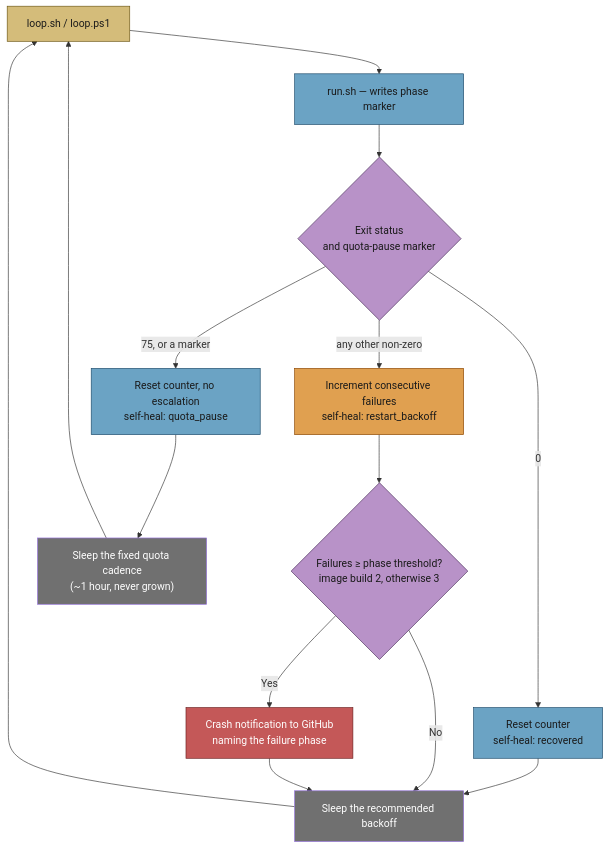
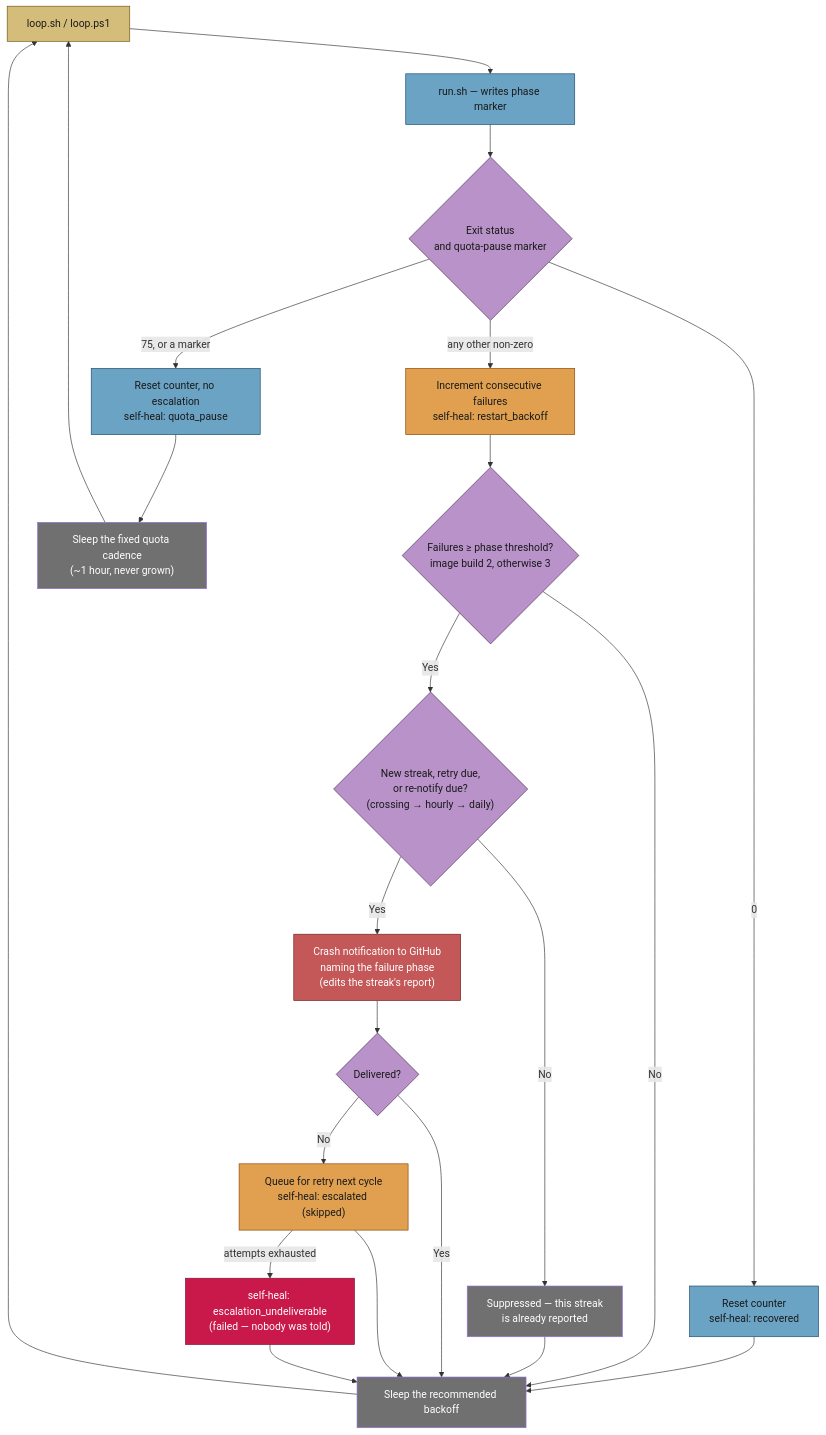
One commit to stSoftwareAU/VibeCoder changed the second of 6 diagrams in docs/workflows/resilience-and-concurrency.md. Above: the diagram before and after it, drawn with Mermaid. The commit also changed other lines of this file and 5 other files, not shown here.

````diff
--- a/docs/workflows/resilience-and-concurrency.md
+++ b/docs/workflows/resilience-and-concurrency.md
@@ -79,31 +84,46 @@
 ```mermaid
 flowchart TD
   Loop["loop.sh / loop.ps1"]
   Launch["run.sh — writes phase marker"]
   Status{"Exit status<br/>and quota-pause marker"}
   Reset["Reset counter<br/>self-heal: recovered"]
   Quota["Reset counter, no escalation<br/>self-heal: quota_pause"]
   Count["Increment consecutive failures<br/>self-heal: restart_backoff"]
   Threshold{"Failures ≥ phase threshold?<br/>image build 2, otherwise 3"}
-  Escalate["Crash notification to GitHub<br/>naming the failure phase"]
+  Due{"New streak, retry due,<br/>or re-notify due?<br/>(crossing → hourly → daily)"}
+  Dedup["Suppressed — this streak<br/>is already reported"]
+  Escalate["Crash notification to GitHub<br/>naming the failure phase<br/>(edits the streak's report)"]
+  Delivered{"Delivered?"}
+  Queue["Queue for retry next cycle<br/>self-heal: escalated (skipped)"]
+  Lost["self-heal: escalation_undeliverable<br/>(failed — nobody was told)"]
   Cadence["Sleep the fixed quota cadence<br/>(~1 hour, never grown)"]
   Sleep["Sleep the recommended backoff"]
   Loop --> Launch --> Status
   Status -->|0| Reset --> Sleep
   Status -->|75, or a marker| Quota --> Cadence
   Status -->|any other non-zero| Count --> Threshold
   Threshold -->|No| Sleep
-  Threshold -->|Yes| Escalate --> Sleep
+  Threshold -->|Yes| Due
+  Due -->|No| Dedup --> Sleep
+  Due -->|Yes| Escalate --> Delivered
+  Delivered -->|Yes| Sleep
+  Delivered -->|No| Queue --> Sleep
+  Queue -->|attempts exhausted| Lost --> Sleep
   Sleep --> Loop
   Cadence --> Loop
   style Loop fill:#d4bc7a,stroke:#6b5510,color:#1a1a1a
   style Launch fill:#6ba3c4,stroke:#1d4a6a,color:#1a1a1a
   style Status fill:#b892c8,stroke:#4a2d5a,color:#1a1a1a
   style Threshold fill:#b892c8,stroke:#4a2d5a,color:#1a1a1a
+  style Due fill:#b892c8,stroke:#4a2d5a,color:#1a1a1a
+  style Delivered fill:#b892c8,stroke:#4a2d5a,color:#1a1a1a
   style Reset fill:#6ba3c4,stroke:#1d4a6a,color:#1a1a1a
   style Quota fill:#6ba3c4,stroke:#1d4a6a,color:#1a1a1a
   style Cadence fill:#707070,stroke:,color:#fff
   style Count fill:#e0a050,stroke:#8b4500,color:#1a1a1a
+  style Dedup fill:#707070,stroke:,color:#fff
   style Escalate fill:#c45858,stroke:#6b2020,color:#fff
+  style Queue fill:#e0a050,stroke:#8b4500,color:#1a1a1a
+  style Lost fill:#c9184a,stroke:#800f2f,color:#fff
   style Sleep fill:#707070,stroke:,color:#fff
 ```
````
